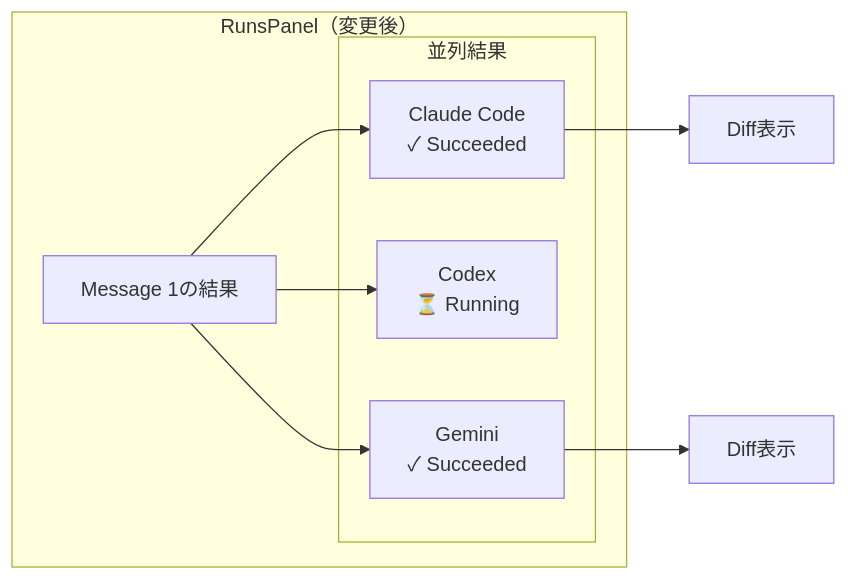
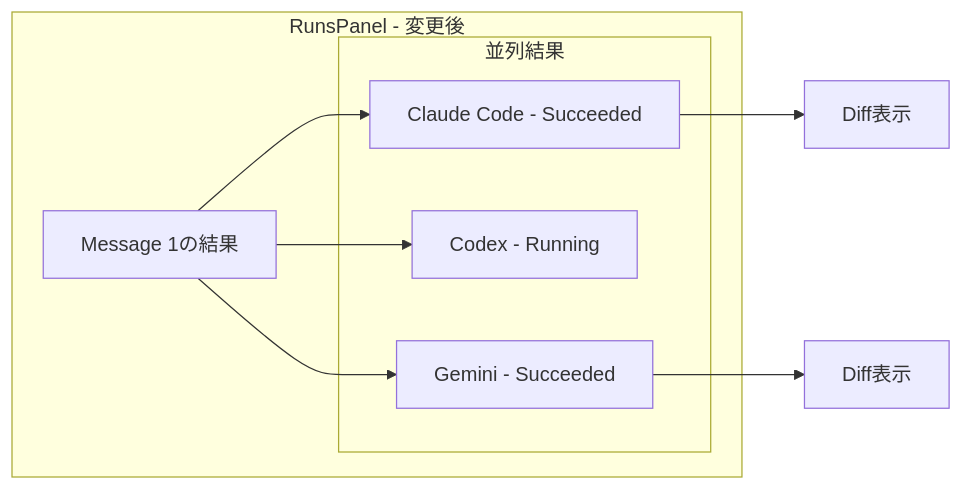
Before and after one commit to hampen2929/zloth: the seventh of 7 diagrams in docs/ai-coding-tool-multiple.md, drawn with Mermaid. The commit also changed other lines of this file, not shown here.

First line of the commit message:
Fix Mermaid syntax errors in design document

````diff
--- a/docs/ai-coding-tool-multiple.md
+++ b/docs/ai-coding-tool-multiple.md
@@ -379,19 +379,19 @@
 ```mermaid
 graph LR
-    subgraph "RunsPanel（変更後）"
+    subgraph "RunsPanel - 変更後"
         A[Message 1の結果]
 
         subgraph "並列結果"
-            B1[Claude Code<br/>✓ Succeeded]
-            B2[Codex<br/>⏳ Running]
-            B3[Gemini<br/>✓ Succeeded]
+            B1["Claude Code - Succeeded"]
+            B2["Codex - Running"]
+            B3["Gemini - Succeeded"]
         end
 
         A --> B1
         A --> B2
         A --> B3
     end
 
     B1 --> C1[Diff表示]
     B3 --> C2[Diff表示]
 ```
````
